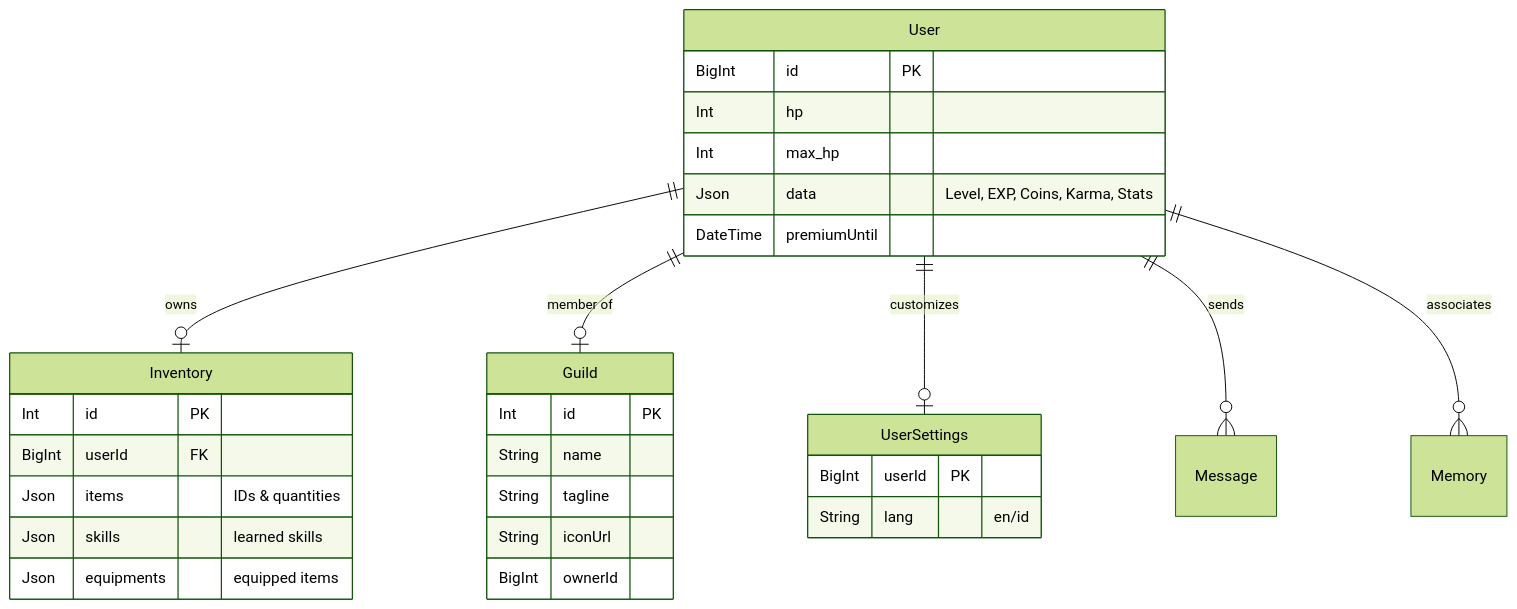
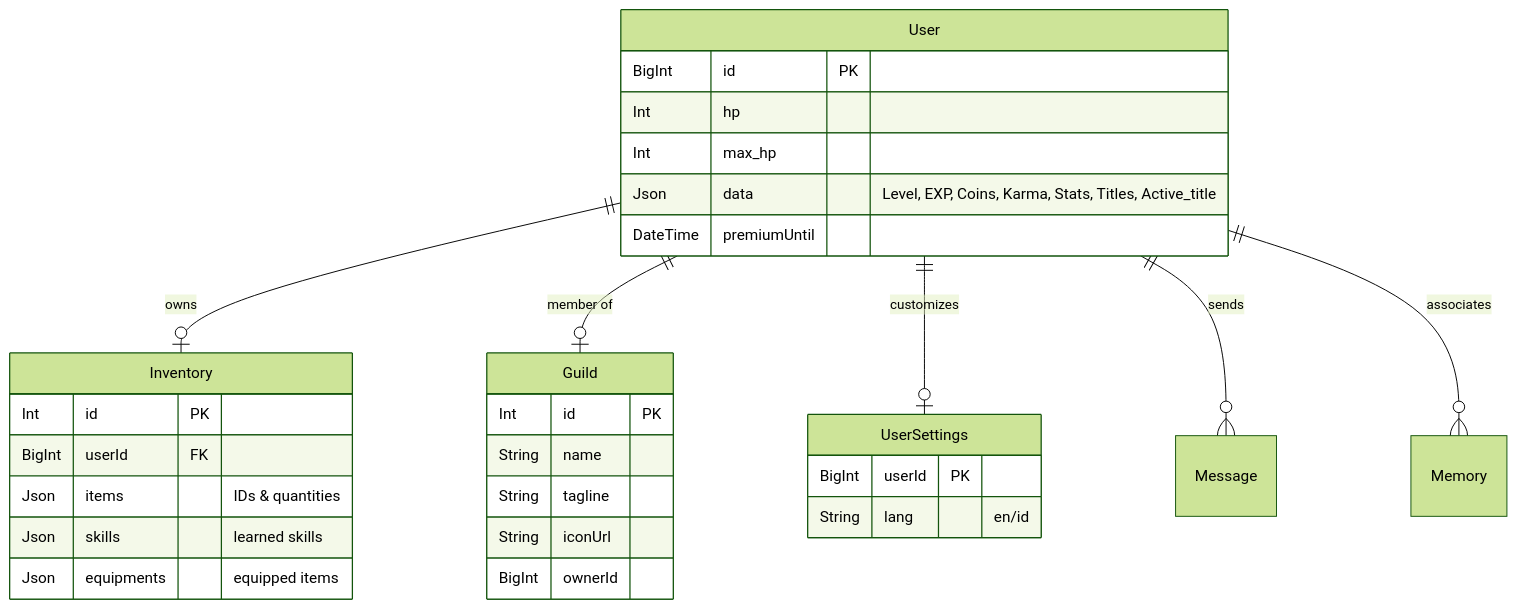
One commit to Schryzon/RVDiA changed the first of 2 diagrams in README.md. Above: the diagram before and after it, drawn with Mermaid (forest theme). The commit also changed other lines of this file and 14 other files, not shown here.

````diff
--- a/README.md
+++ b/README.md
@@ -114,37 +118,37 @@
 ```mermaid
 erDiagram
     User ||--o| Inventory : "owns"
     User ||--o| Guild : "member of"
     User ||--o| UserSettings : "customizes"
     User ||--o{ Message : "sends"
     User ||--o{ Memory : "associates"
 
     User {
         BigInt id PK
         Int hp
         Int max_hp
-        Json data "Level, EXP, Coins, Karma, Stats"
+        Json data "Level, EXP, Coins, Karma, Stats, Titles, Active_title"
         DateTime premiumUntil
     }
 
     Guild {
         Int id PK
         String name
         String tagline
         String iconUrl
         BigInt ownerId
     }
 
     Inventory {
         Int id PK
         BigInt userId FK
         Json items "IDs & quantities"
         Json skills "learned skills"
         Json equipments "equipped items"
     }
 
     UserSettings {
         BigInt userId PK
         String lang "en/id"
     }
 ```
````
